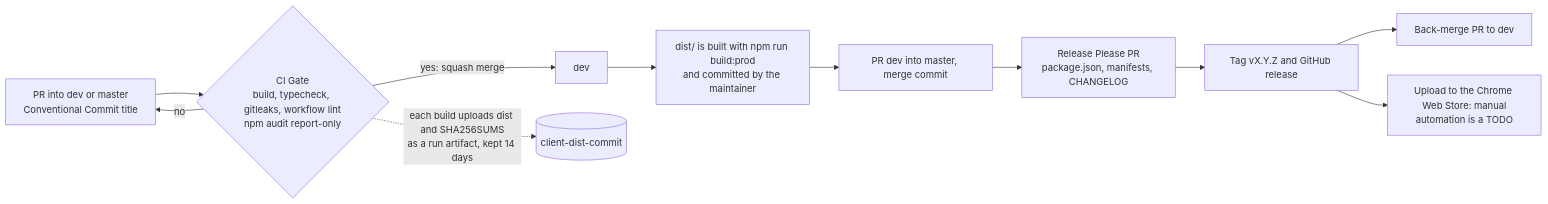
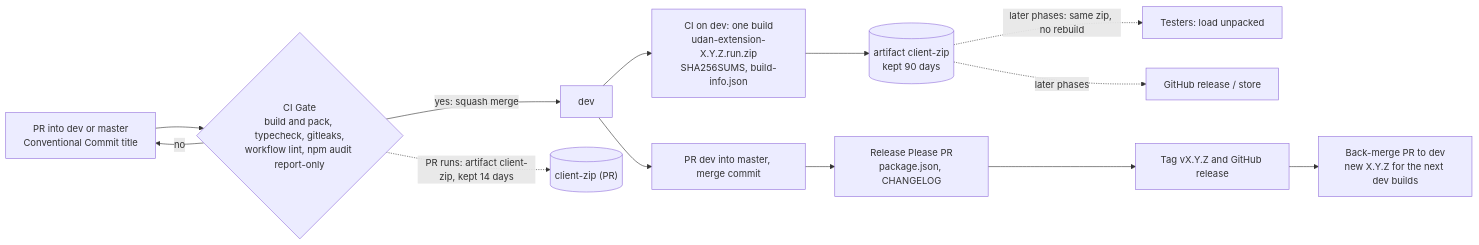
The diagram in README.md (Digital-Assistant/Digital_Assistant_Client), drawn with Mermaid before and after one commit. The commit also changed other lines of this file and 18 other files, not shown here.

First line of the commit message:
ci: build the extension once into a versioned zip and restore env loading

````diff
--- a/README.md
+++ b/README.md
@@ -20,13 +55,15 @@
 ```mermaid
 flowchart LR
-    PR["PR into dev or master<br/>Conventional Commit title"] --> CI{"CI Gate<br/>build, typecheck, gitleaks, workflow lint<br/>npm audit report-only"}
+    PR["PR into dev or master<br/>Conventional Commit title"] --> CI{"CI Gate<br/>build and pack, typecheck, gitleaks,<br/>workflow lint, npm audit report-only"}
     CI -- no --> PR
     CI -- "yes: squash merge" --> DEV["dev"]
-    CI -. "each build uploads dist and SHA256SUMS<br/>as a run artifact, kept 14 days" .-> ART[("client-dist-commit")]
-    DEV --> DIST["dist/ is built with npm run build:prod<br/>and committed by the maintainer"]
-    DIST --> REL["PR dev into master, merge commit"]
-    REL --> RP["Release Please PR<br/>package.json, manifests, CHANGELOG"]
+    CI -. "PR runs: artifact client-zip, kept 14 days" .-> PZIP[("client-zip (PR)")]
+    DEV --> BUILD["CI on dev: one build<br/>udan-extension-X.Y.Z.run.zip<br/>SHA256SUMS, build-info.json"]
+    BUILD --> ZIP[("artifact client-zip<br/>kept 90 days")]
+    ZIP -. "later phases: same zip, no rebuild" .-> TESTERS["Testers: load unpacked"]
+    ZIP -. "later phases" .-> PROD["GitHub release / store"]
+    DEV --> REL["PR dev into master, merge commit"]
+    REL --> RP["Release Please PR<br/>package.json, CHANGELOG"]
     RP --> TAG["Tag vX.Y.Z and GitHub release"]
-    TAG --> BM["Back-merge PR to dev"]
-    TAG --> CWS["Upload to the Chrome Web Store: manual<br/>automation is a TODO"]
+    TAG --> BM["Back-merge PR to dev<br/>new X.Y.Z for the next dev builds"]
 ```
````
